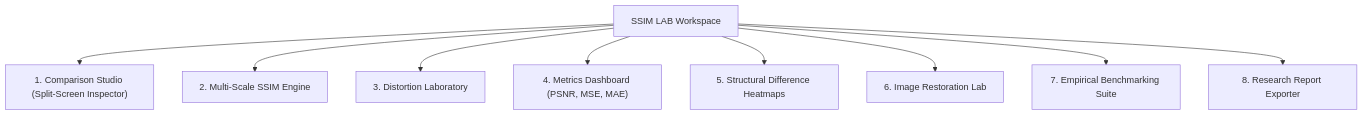
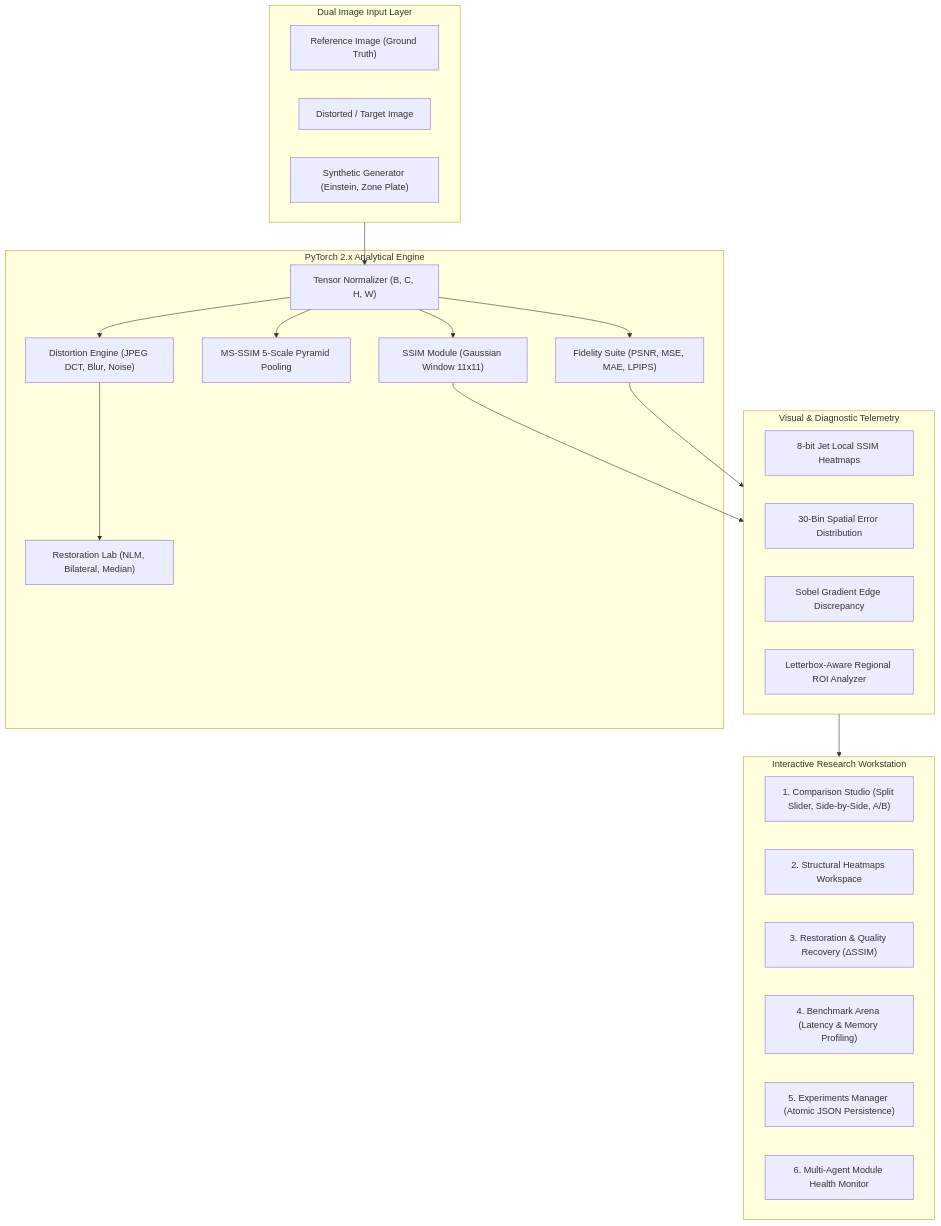
One commit to Sandeep332005/AstraVision changed the diagram in README.md. Above: the diagram before and after it, drawn with Mermaid. The commit also changed other lines of this file and 4 other files, not shown here.

Commit message:
docs: overhaul README with AstraVision identity, dashboard screenshots, and architecture manual

````diff
--- a/README.md
+++ b/README.md
@@ -38,11 +64,39 @@
 ```mermaid
 flowchart TD
-    A["SSIM LAB Workspace"] --> B["1. Comparison Studio (Split-Screen Inspector)"]
-    A --> C["2. Multi-Scale SSIM Engine"]
-    A --> D["3. Distortion Laboratory"]
-    A --> E["4. Metrics Dashboard (PSNR, MSE, MAE)"]
-    A --> F["5. Structural Difference Heatmaps"]
-    A --> G["6. Image Restoration Lab"]
-    A --> H["7. Empirical Benchmarking Suite"]
-    A --> I["8. Research Report Exporter"]
+    subgraph Input ["Dual Image Input Layer"]
+        Ref["Reference Image (Ground Truth)"]
+        Dist["Distorted / Target Image"]
+        Synthetic["Synthetic Generator (Einstein, Zone Plate)"]
+    end
+
+    subgraph Engine ["PyTorch 2.x Analytical Engine"]
+        Norm["Tensor Normalizer (B, C, H, W)"]
+        SSIM_Core["SSIM Module (Gaussian Window 11x11)"]
+        MSSSIM_Core["MS-SSIM 5-Scale Pyramid Pooling"]
+        Metrics_Core["Fidelity Suite (PSNR, MSE, MAE, LPIPS)"]
+        Distort_Core["Distortion Engine (JPEG DCT, Blur, Noise)"]
+        Restore_Core["Restoration Lab (NLM, Bilateral, Median)"]
+    end
+
+    subgraph Diagnostics ["Visual & Diagnostic Telemetry"]
+        Heatmaps["8-bit Jet Local SSIM Heatmaps"]
+        Histogram["30-Bin Spatial Error Distribution"]
+        SobelEdges["Sobel Gradient Edge Discrepancy"]
+        ROIEngine["Letterbox-Aware Regional ROI Analyzer"]
+    end
+
+    subgraph Interface ["Interactive Research Workstation"]
+        Studio["1. Comparison Studio (Split Slider, Side-by-Side, A/B)"]
+        HeatmapTab["2. Structural Heatmaps Workspace"]
+        RestoreTab["3. Restoration & Quality Recovery (ΔSSIM)"]
+        ArenaTab["4. Benchmark Arena (Latency & Memory Profiling)"]
+        ExpTab["5. Experiments Manager (Atomic JSON Persistence)"]
+        HealthTab["6. Multi-Agent Module Health Monitor"]
+    end
+
+    Input --> Norm
+    Norm --> SSIM_Core & MSSSIM_Core & Metrics_Core
+    Norm --> Distort_Core --> Restore_Core
+    SSIM_Core & Metrics_Core --> Diagnostics
+    Diagnostics --> Interface
 ```
````
